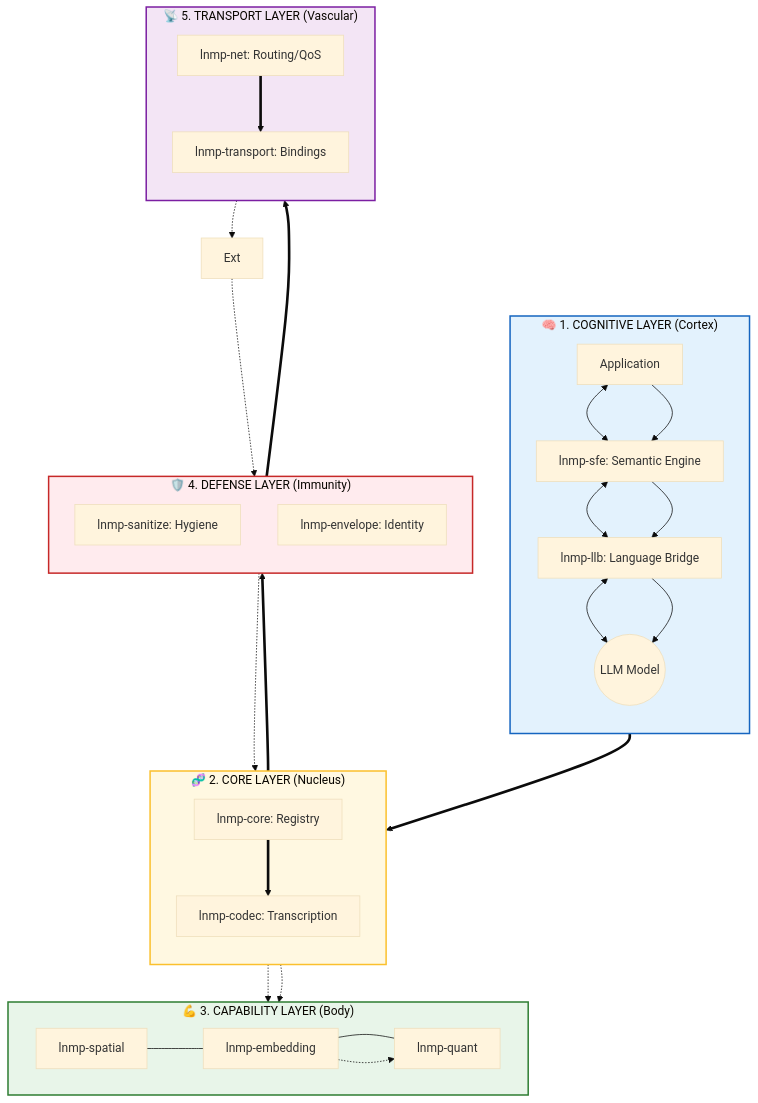
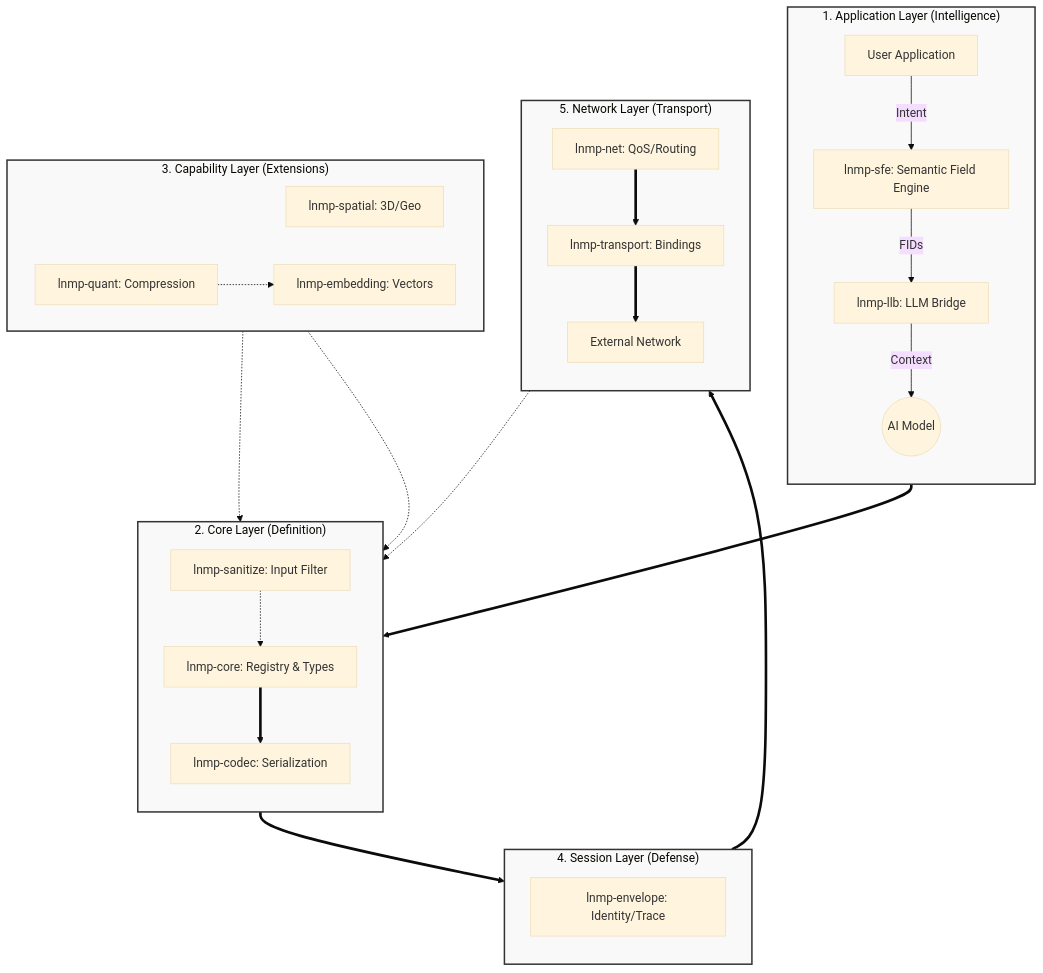
Before and after one commit to lnmplang/lnmp-protocol: the first of 2 diagrams in spec/architecture-and-flow.md, drawn with Mermaid (base theme). The commit also changed other lines of this file, not shown here.

Commit message:
feat: Revise LNMP architecture documentation for enhanced clarity and detail in module responsibilities and data flow

````diff
--- a/spec/architecture-and-flow.md
+++ b/spec/architecture-and-flow.md
@@ -9,79 +9,64 @@
 ```mermaid
 graph TD
-    %% LAYER 1: COGNITION (The Brain)
-    subgraph Layer1 ["🧠 1. COGNITIVE LAYER (Cortex)"]
+    %% --- LAYER 1: APPLICATION & INTELLIGENCE ---
+    subgraph L1 ["1. Application Layer (Intelligence)"]
         direction TB
-        App[Application]
-        SFE[lnmp-sfe: Semantic Engine]
-        LLB[lnmp-llb: Language Bridge]
-        LLM((LLM Model))
+        App[User Application]
+        SFE[lnmp-sfe: Semantic Field Engine]
+        LLB[lnmp-llb: LLM Bridge]
         
-        App <--> SFE
-        SFE <--> LLB
-        LLB <--> LLM
+        App -->|"Intent"| SFE
+        SFE -->|"FIDs"| LLB
+        LLB -->|"Context"| LLM((AI Model))
     end
 
-    %% LAYER 2: CORE (The DNA)
-    subgraph Layer2 ["🧬 2. CORE LAYER (Nucleus)"]
+    %% --- LAYER 2: CORE & PRESENTATION ---
+    subgraph L2 ["2. Core Layer (Definition)"]
         direction TB
-        LnmpCore[lnmp-core: Registry]
-        Codec[lnmp-codec: Transcription]
+        Core[lnmp-core: Registry & Types]
+        Codec[lnmp-codec: Serialization]
+        San[lnmp-sanitize: Input Filter]
     end
 
-    %% LAYER 3: CAPABILITIES (Physiology)
-    subgraph Layer3 ["💪 3. CAPABILITY LAYER (Body)"]
+    %% --- LAYER 3: CAPABILITIES (EXTENSIONS) ---
+    subgraph L3 ["3. Capability Layer (Extensions)"]
         direction LR
-        Spatial[lnmp-spatial]
-        Emb[lnmp-embedding]
-        Quant[lnmp-quant]
+        Spatial[lnmp-spatial: 3D/Geo]
+        Emb[lnmp-embedding: Vectors]
+        Quant[lnmp-quant: Compression]
         
-        Spatial --- Emb
-        Emb --- Quant
+        Spatial -.-> Core
+        Emb -.-> Core
+        Quant -.-> Emb
+    end
+    
+    %% --- LAYER 4: DEFENSE & IDENTITY ---
+    subgraph L4 ["4. Session Layer (Defense)"]
+        direction TB
+        Env[lnmp-envelope: Identity/Trace]
     end
 
-    %% LAYER 4: DEFENSE (Immune System)
-    subgraph Layer4 ["🛡️ 4. DEFENSE LAYER (Immunity)"]
+    %% --- LAYER 5: TRANSPORT & ROUTING ---
+    subgraph L5 ["5. Network Layer (Transport)"]
         direction TB
-        San[lnmp-sanitize: Hygiene]
-        Env[lnmp-envelope: Identity]
+        Net[lnmp-net: QoS/Routing]
+        Trans[lnmp-transport: Bindings]
+        Ext[External Network]
     end
 
-    %% LAYER 5: TRANSPORT (Circulation)
-    subgraph Layer5 ["📡 5. TRANSPORT LAYER (Vascular)"]
-        direction TB
-        Net[lnmp-net: Routing/QoS]
-        Trans[lnmp-transport: Bindings]
-    end
-
-    %% MAIN SPINE (Vertical Integration)
-    %% Node-to-Node connections drive the layout, no need for Layer-to-Layer links
-    SFE ==> LnmpCore
-    
-    LnmpCore ==> Codec
+    %% --- VERTICAL FLOW (THE SPINE) ---
+    SFE ==> Core
+    Core ==> Codec
     Codec ==> Env
     Env ==> Net
     Net ==> Trans
-
-    %% CONNECTION REFINEMENTS
-    App --> SFE
-    SFE --> LLB
-    LLB --> LLM
+    Trans ==> Ext
     
-    %% Capability Connections
-    LnmpCore -.-> Spatial
-    LnmpCore -.-> Emb
-    Emb -.-> Quant
-
-    %% Defense / Transport Connections
-    San -.-> LnmpCore
+    %% --- INPUT FLOW ---
     Ext -.-> San
-    Trans -.-> Ext
-
+    San -.-> Core
+    
     %% STYLING
-    %% STYLING
-    style Layer1 fill:#e3f2fd,stroke:#1565c0,stroke-width:2px
-    style Layer2 fill:#fff8e1,stroke:#fbc02d,stroke-width:2px
-    style Layer3 fill:#e8f5e9,stroke:#2e7d32,stroke-width:2px
-    style Layer4 fill:#ffebee,stroke:#c62828,stroke-width:2px
-    style Layer5 fill:#f3e5f5,stroke:#7b1fa2,stroke-width:2px
+    classDef layer fill:#f9f9f9,stroke:#333,stroke-width:2px;
+    class L1,L2,L3,L4,L5 layer;
 ```
````
